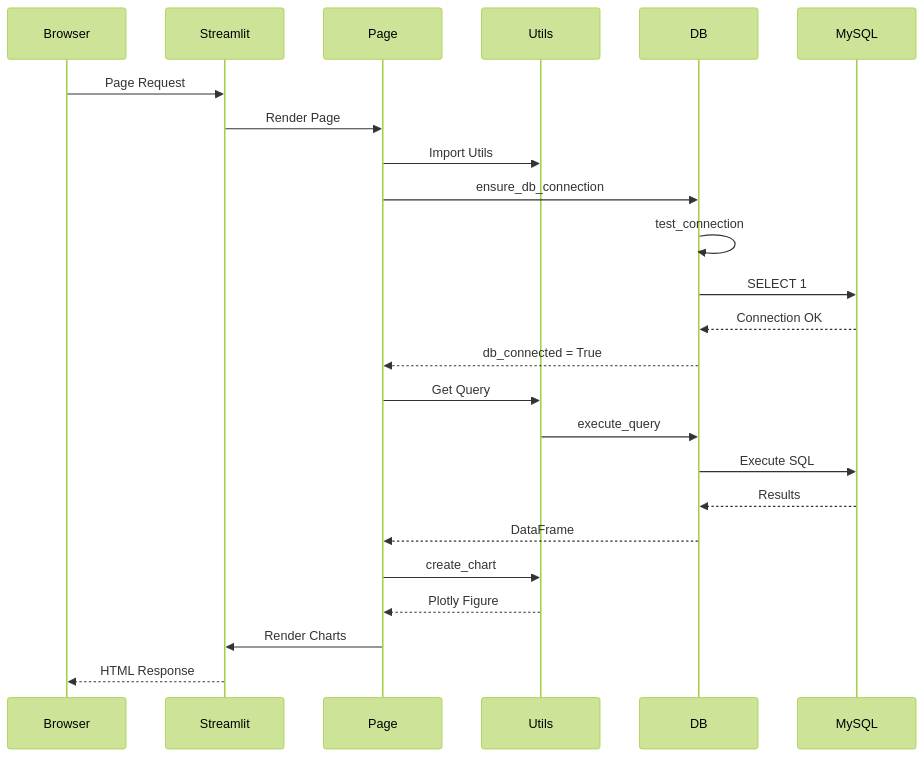
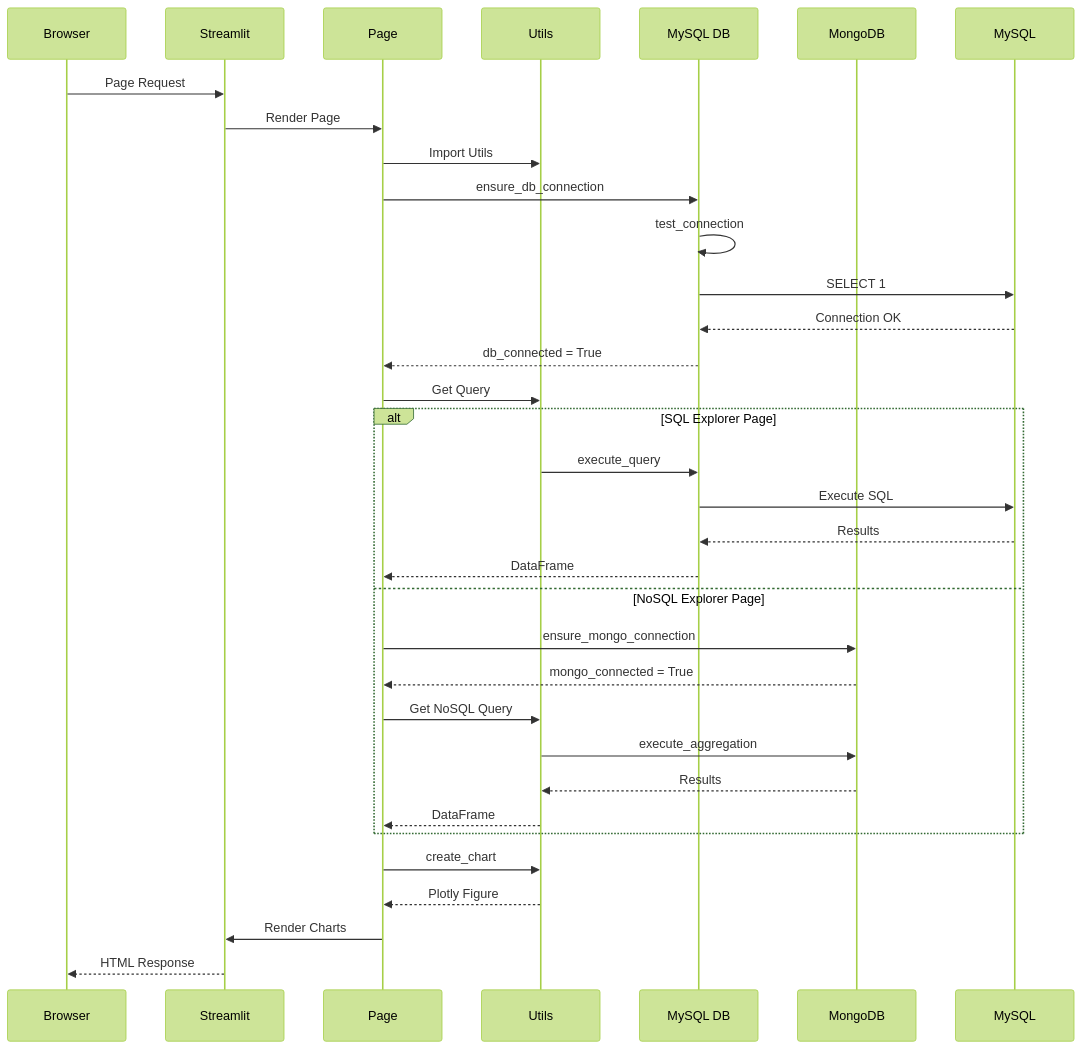
The fourth of 7 diagrams in README.md (abhinavdev24/dma-project-fitsense-ai), drawn with Mermaid (forest theme) before and after one commit. The commit also changed other lines of this file and 22 other files, not shown here.

````diff
--- a/README.md
+++ b/README.md
@@ -429,27 +535,38 @@
 ```mermaid
 sequenceDiagram
     participant Browser
     participant Streamlit
     participant Page
     participant Utils
-    participant DB
-    participant MySQL
+    participant DB as MySQL DB
+    participant MongoDB
 
     Browser->>Streamlit: Page Request
     Streamlit->>Page: Render Page
     Page->>Utils: Import Utils
     Page->>DB: ensure_db_connection
     DB->>DB: test_connection
     DB->>MySQL: SELECT 1
     MySQL-->>DB: Connection OK
     DB-->>Page: db_connected = True
     Page->>Utils: Get Query
-    Utils->>DB: execute_query
-    DB->>MySQL: Execute SQL
-    MySQL-->>DB: Results
-    DB-->>Page: DataFrame
+
+    alt SQL Explorer Page
+        Utils->>DB: execute_query
+        DB->>MySQL: Execute SQL
+        MySQL-->>DB: Results
+        DB-->>Page: DataFrame
+    else NoSQL Explorer Page
+        Page->>MongoDB: ensure_mongo_connection
+        MongoDB-->>Page: mongo_connected = True
+        Page->>Utils: Get NoSQL Query
+        Utils->>MongoDB: execute_aggregation
+        MongoDB-->>Utils: Results
+        Utils-->>Page: DataFrame
+    end
+
     Page->>Utils: create_chart
     Utils-->>Page: Plotly Figure
     Page->>Streamlit: Render Charts
     Streamlit-->>Browser: HTML Response
 ```
````
